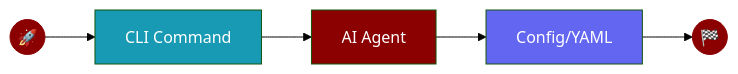
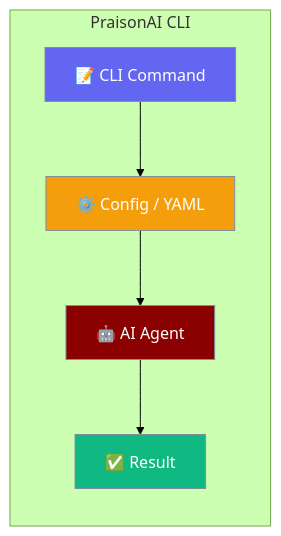
The first of 2 diagrams in docs/features/cli.mdx (MervinPraison/PraisonAIDocs), drawn with Mermaid (forest theme) before and after one commit. The commit also changed other lines of this file and 16 other files, not shown here.

Commit message:
docs: add hero graph LR + sequenceDiagram to Priority A feature pages (fixes #1776)

````diff
--- a/docs/features/cli.mdx
+++ b/docs/features/cli.mdx
@@ -17,13 +17,18 @@
 ```mermaid
-flowchart LR
-    Start((🚀)) --> CLI[CLI Command]
-    CLI --> Agent[AI Agent]
-    Agent --> Config[Config/YAML]
-    Config --> Out((🏁))
-    
-    style Start fill:#8B0000,color:#fff,stroke:#8B0000
-    style CLI fill:#189AB4,color:#fff
-    style Agent fill:#8B0000,color:#fff
-    style Config fill:#6366F1,color:#fff
-    style Out fill:#8B0000,color:#fff,stroke:#8B0000
+graph LR
+    subgraph "PraisonAI CLI"
+        Cmd[📝 CLI Command] --> Config[⚙️ Config / YAML]
+        Config --> Agent[🤖 AI Agent]
+        Agent --> Out[✅ Result]
+    end
+
+    classDef input fill:#6366F1,stroke:#7C90A0,color:#fff
+    classDef process fill:#F59E0B,stroke:#7C90A0,color:#fff
+    classDef agent fill:#8B0000,stroke:#7C90A0,color:#fff
+    classDef output fill:#10B981,stroke:#7C90A0,color:#fff
+
+    class Cmd input
+    class Config process
+    class Agent agent
+    class Out output
 ```
````
